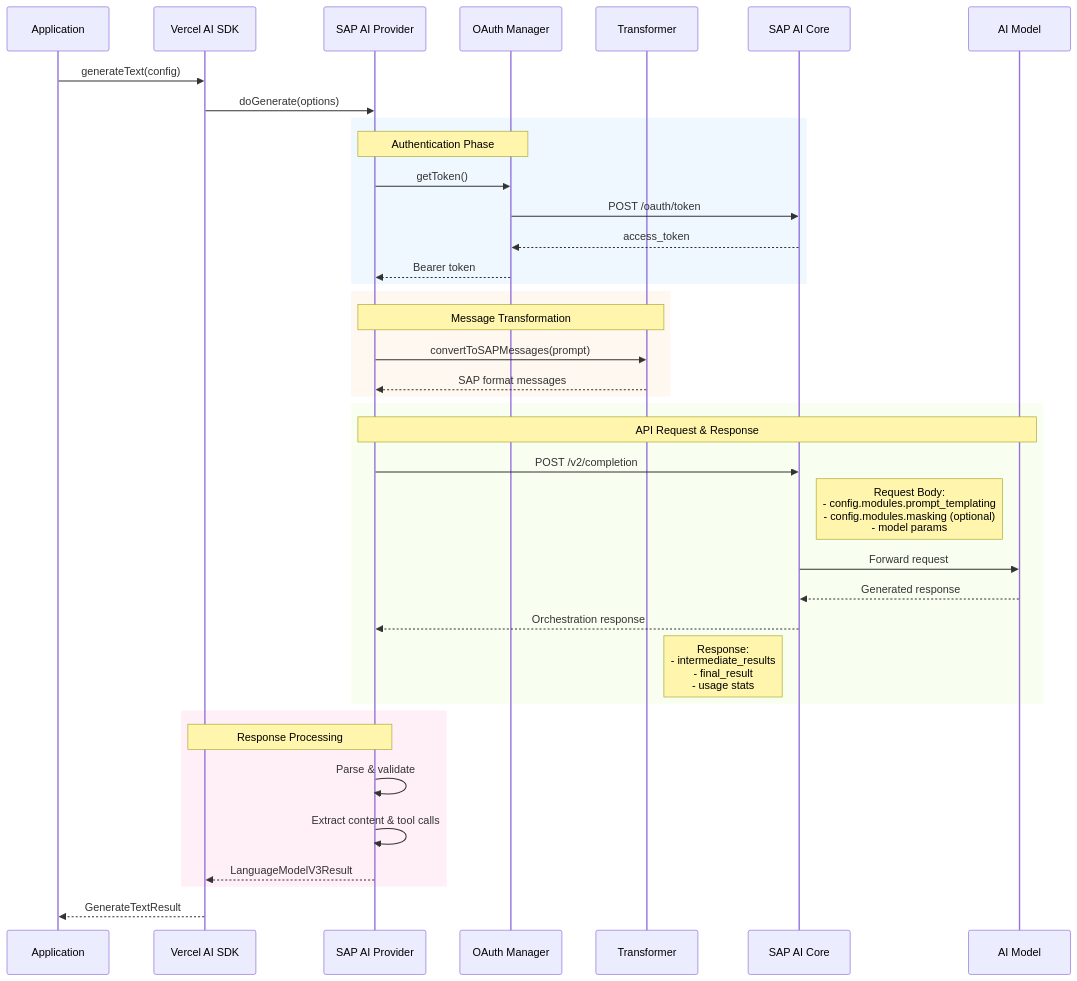
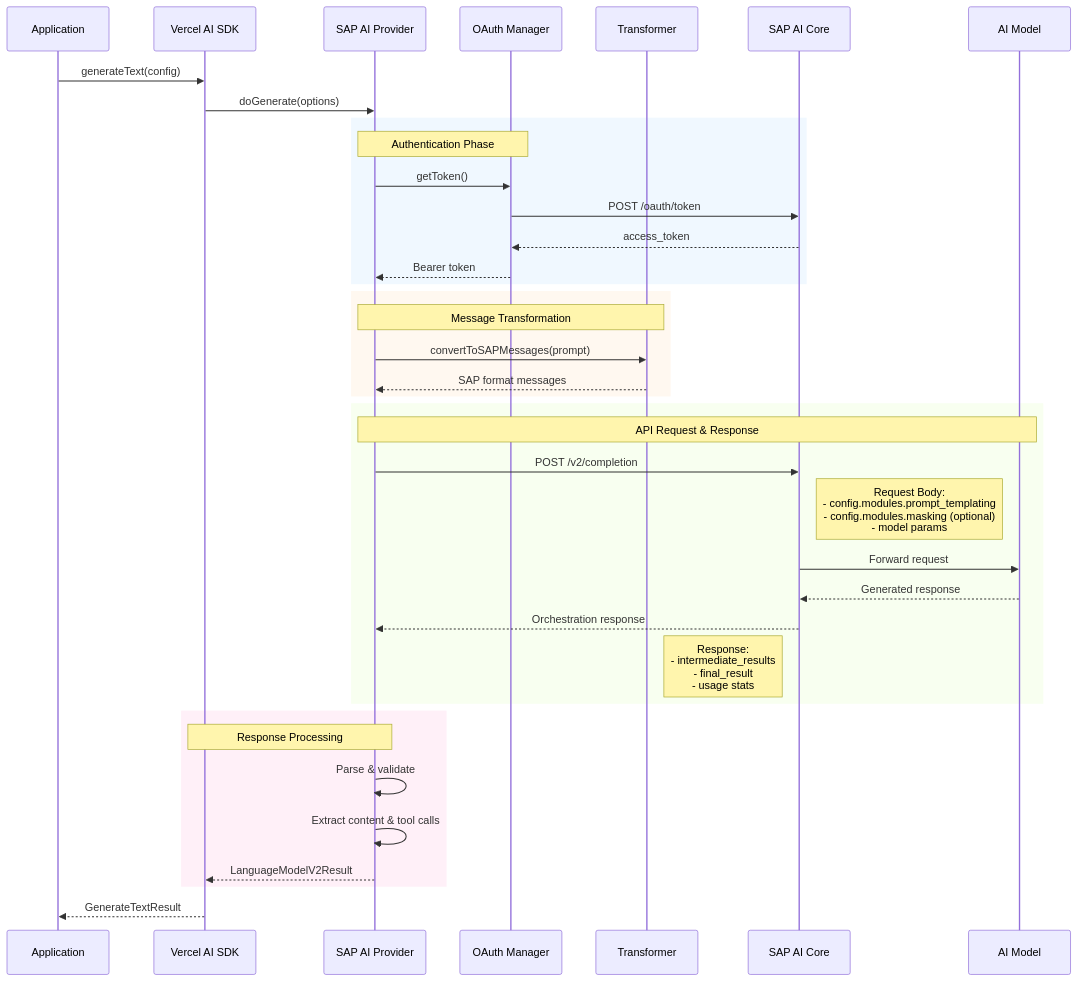
The second of 10 diagrams in ARCHITECTURE.md (jerome-benoit/sap-ai-provider), drawn with Mermaid before and after one commit. The commit also changed other lines of this file and 15 other files, not shown here.

````diff
--- a/ARCHITECTURE.md
+++ b/ARCHITECTURE.md
@@ -152,46 +152,46 @@
 ```mermaid
 sequenceDiagram
     participant App as Application
     participant SDK as Vercel AI SDK
     participant Prov as SAP AI Provider
     participant Auth as OAuth Manager
     participant Trans as Transformer
     participant SAP as SAP AI Core
     participant Model as AI Model
 
     App->>SDK: generateText(config)
     SDK->>Prov: doGenerate(options)
 
     rect rgb(240, 248, 255)
         Note over Prov,Auth: Authentication Phase
         Prov->>Auth: getToken()
         Auth->>SAP: POST /oauth/token
         SAP-->>Auth: access_token
         Auth-->>Prov: Bearer token
     end
 
     rect rgb(255, 248, 240)
         Note over Prov,Trans: Message Transformation
         Prov->>Trans: convertToSAPMessages(prompt)
         Trans-->>Prov: SAP format messages
     end
 
     rect rgb(248, 255, 240)
         Note over Prov,Model: API Request & Response
         Prov->>SAP: POST /v2/completion
         Note right of SAP: Request Body:<br/>- config.modules.prompt_templating<br/>- config.modules.masking (optional)<br/>- model params
         SAP->>Model: Forward request
         Model-->>SAP: Generated response
         SAP-->>Prov: Orchestration response
         Note left of SAP: Response:<br/>- intermediate_results<br/>- final_result<br/>- usage stats
     end
 
     rect rgb(255, 240, 248)
         Note over Prov,SDK: Response Processing
         Prov->>Prov: Parse & validate
         Prov->>Prov: Extract content & tool calls
-        Prov-->>SDK: LanguageModelV3Result
+        Prov-->>SDK: LanguageModelV2Result
     end
 
     SDK-->>App: GenerateTextResult
 ```
````
